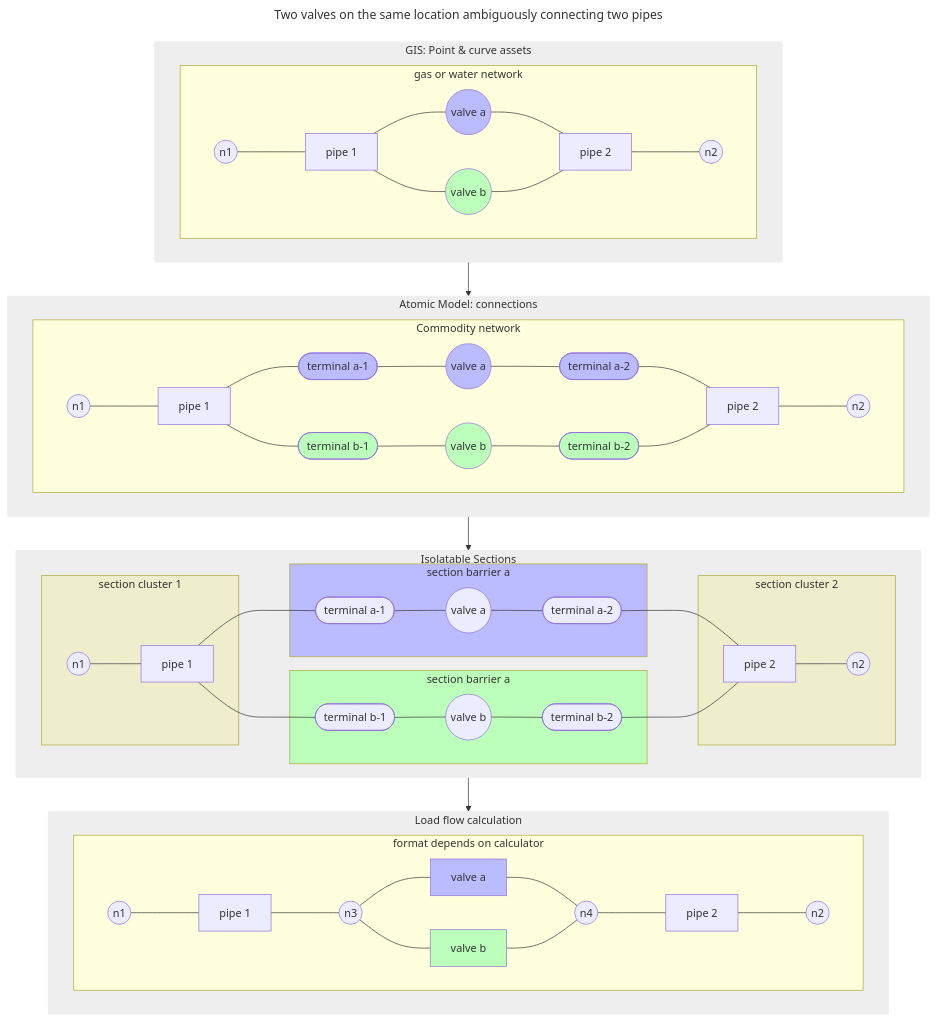
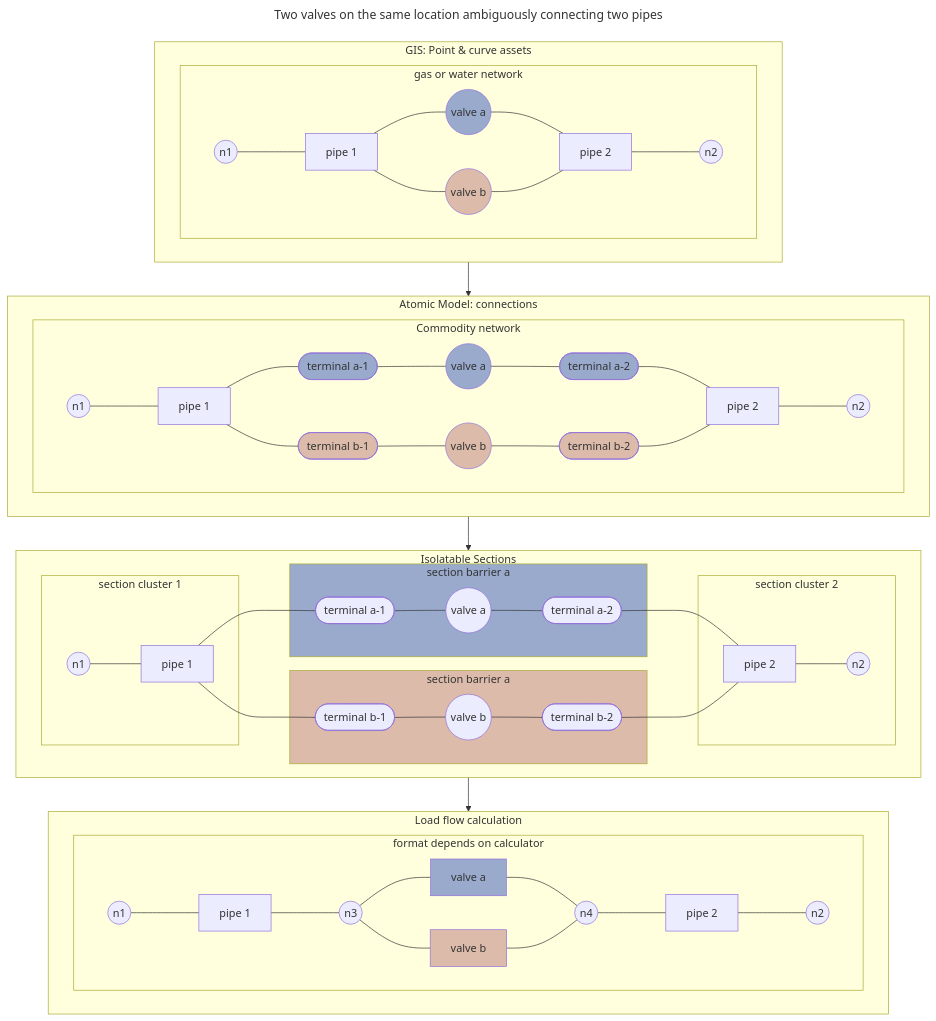
The diagram in content/3 Overview/Data Flow Examples/Data Flow Example 2.md (spatialeye/NetCon), drawn with Mermaid before and after one commit. The commit also changed other lines of this file and 97 other files, not shown here.

````diff
--- a/content/3 Overview/Data Flow Examples/Data Flow Example 2.md
+++ b/content/3 Overview/Data Flow Examples/Data Flow Example 2.md
@@ -24,62 +23,61 @@
 ```mermaid
 ---
 title: Two valves on the same location ambiguously connecting two pipes
 ---
 flowchart TD
   gis:::outerStyle --> model:::outerStyle --> sections:::outerStyle --> flow:::outerStyle
   subgraph gis [GIS: Point & curve assets]
     subgraph gispic [gas or water network]
       direction LR 
       gisnode2((n1)) --- gispipe1[pipe 1] --- gisnode3((valve a)) --- gispipe2[pipe 2] --- gisnode4((n2))
       gispipe1 --- gisnode5((valve b)) --- gispipe2
       gisnode3:::barrierStyle
       gisnode5:::barrier2Style
     end
   end
   subgraph model [Atomic Model: connections]
     subgraph modelpic [Commodity network]
       direction LR 
       modnode2((n1)) --- modpipe1[pipe 1] --- modterm1([terminal a-1]) --- modnode3((valve a)) --- modterm2([terminal a-2]) --- modpipe2[pipe 2] --- modnode4((n2))
       modpipe1[pipe 1] --- modterm3([terminal b-1]) --- modnode5((valve b)) --- modterm4([terminal b-2]) --- modpipe2[pipe 2]
       modterm1:::barrierStyle
       modnode3:::barrierStyle
       modterm2:::barrierStyle
       modterm3:::barrier2Style
       modnode5:::barrier2Style
       modterm4:::barrier2Style
     end
   end
   subgraph sections [Isolatable Sections]
     direction LR 
     subgraph sectionpic1 [section cluster 1]
       secnode2((n1)) --- secpipe1[pipe 1]
     end
     subgraph sectionpic2a [section barrier a]
       secpipe1[pipe 1] --- secterm1([terminal a-1]) --- secnodea((valve a)) --- secterm_a2([terminal a-2])
     end
     subgraph sectionpic2b [section barrier a]
       secpipe1[pipe 1] --- secterm3([terminal b-1]) --- secnodeb((valve b)) --- secterm_b2([terminal b-2])
     end
     subgraph sectionpic3 [section cluster 2]
       secterm_a2([terminal a-2]) --- secpipe2[pipe 2] --- secnode4((n2))
       secterm_b2([terminal b-2]) --- secpipe2[pipe 2]
     end
     sectionpic1:::sectionStyle
     sectionpic2a:::barrierStyle
     sectionpic2b:::barrier2Style
     sectionpic3:::sectionStyle
   end
   subgraph flow [Load flow calculation]
     subgraph flowpic [format depends on calculator]
       direction LR 
       flownode1((n1)) --- flowpipe1[pipe 1] --- flownode3((n3)) --- flowvalvea[valve a] --- flownode4((n4)) --- flowpipe2[pipe 2] --- flownode2((n2))
       flownode3((n3)) --- flowvalveb[valve b] --- flownode4((n4))
       flowvalvea:::barrierStyle
       flowvalveb:::barrier2Style
     end
   end
-  classDef outerStyle fill:#eee, stroke:#eee
-  classDef sectionStyle fill: #eec, stroke #eec
-  classDef barrierStyle fill:#bbf
-  classDef barrier2Style fill:#bfb
+
+  classDef barrierStyle fill:#9ac
+  classDef barrier2Style fill:#dba
 ```
````
